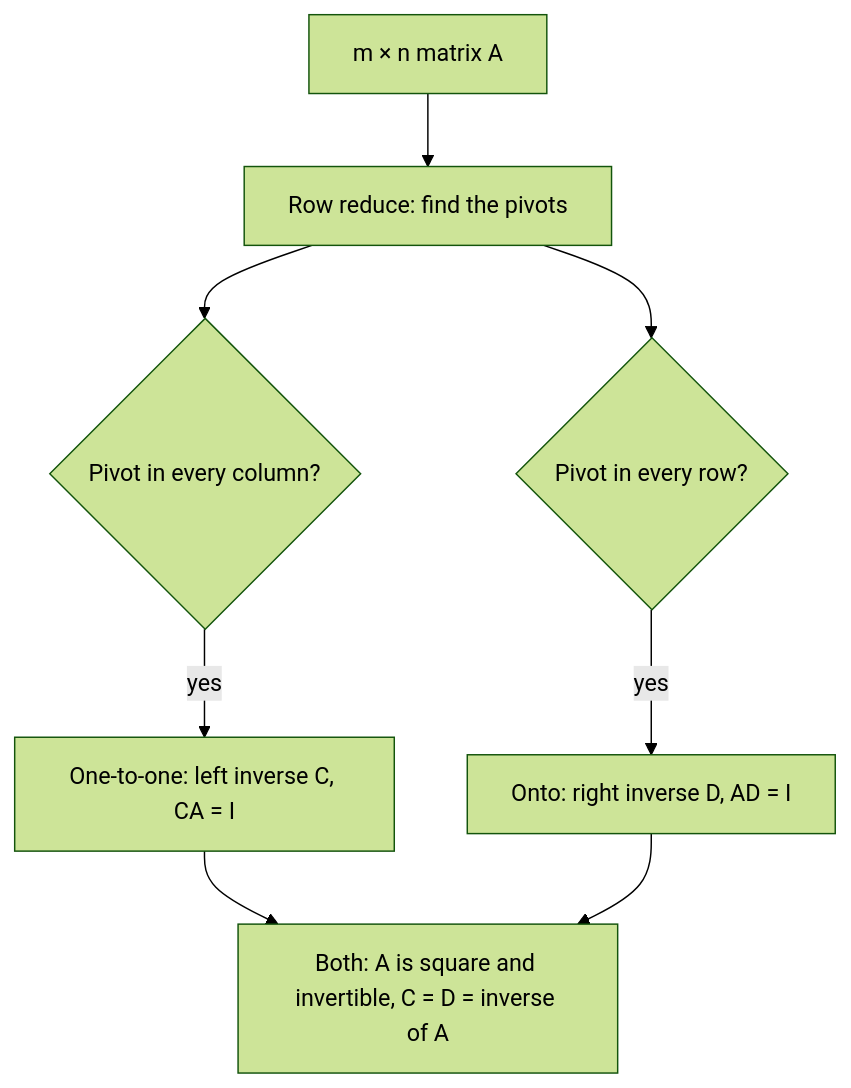
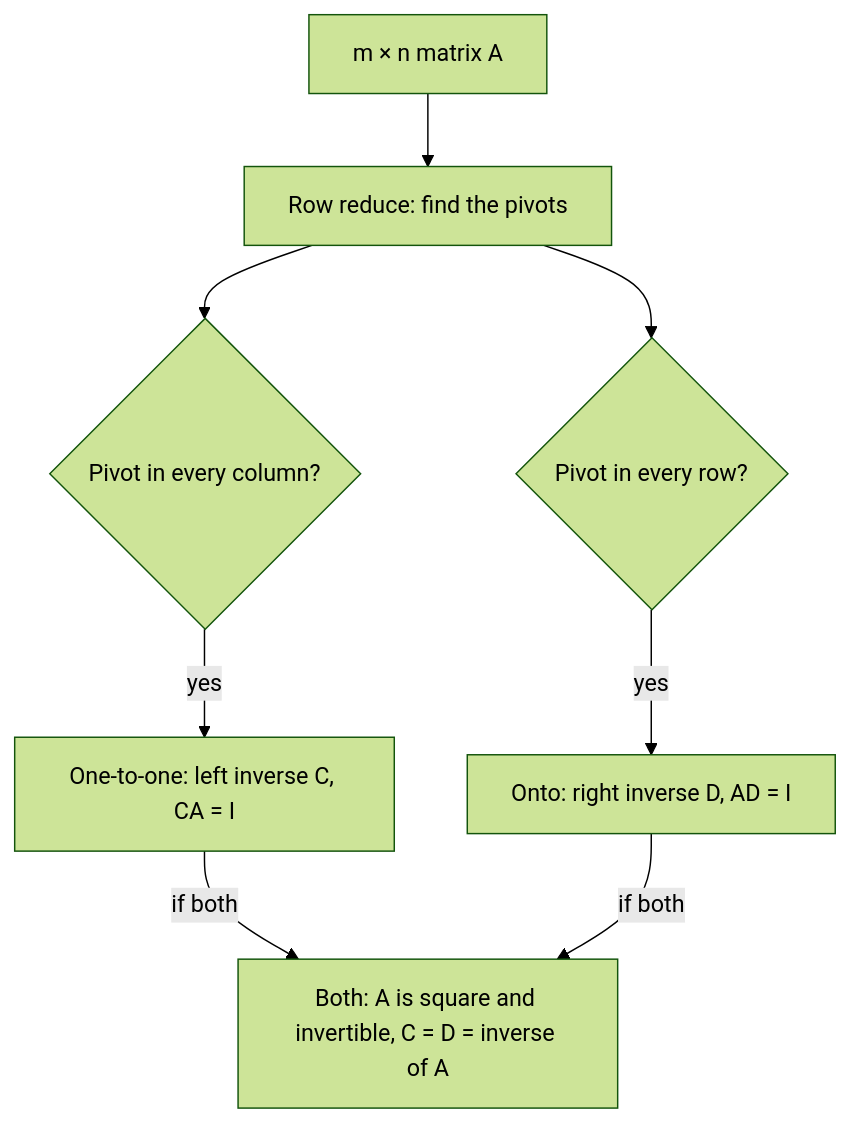
One commit to Aziliz/erudior changed the diagram in content/math/linear-algebra/lessons/14h2-preimages-one-sided-inverses.md. Above: the diagram before and after it, drawn with Mermaid (forest theme). The commit also changed 108 other files, not shown here.

````diff
--- a/content/math/linear-algebra/lessons/14h2-preimages-one-sided-inverses.md
+++ b/content/math/linear-algebra/lessons/14h2-preimages-one-sided-inverses.md
@@ -111,12 +111,12 @@
 ```mermaid
 flowchart TD
   accTitle: Which one-sided inverses a matrix has
   accDescr: Start with an m by n matrix A and row reduce it to find its pivots. If there is a pivot in every column, the map is one-to-one and A has a left inverse C with CA equal to the identity. If there is a pivot in every row, the map is onto and A has a right inverse D with AD equal to the identity. If both hold, A is square and invertible, and C and D both equal the inverse of A.
   A["m × n matrix A"] --> R["Row reduce: find the pivots"]
   R --> Q1{"Pivot in every column?"}
   R --> Q2{"Pivot in every row?"}
   Q1 -- yes --> L["One-to-one: left inverse C, CA = I"]
   Q2 -- yes --> Rt["Onto: right inverse D, AD = I"]
-  L --> B["Both: A is square and invertible, C = D = inverse of A"]
-  Rt --> B
+  L -- "if both" --> B["Both: A is square and invertible, C = D = inverse of A"]
+  Rt -- "if both" --> B
 ```
````
